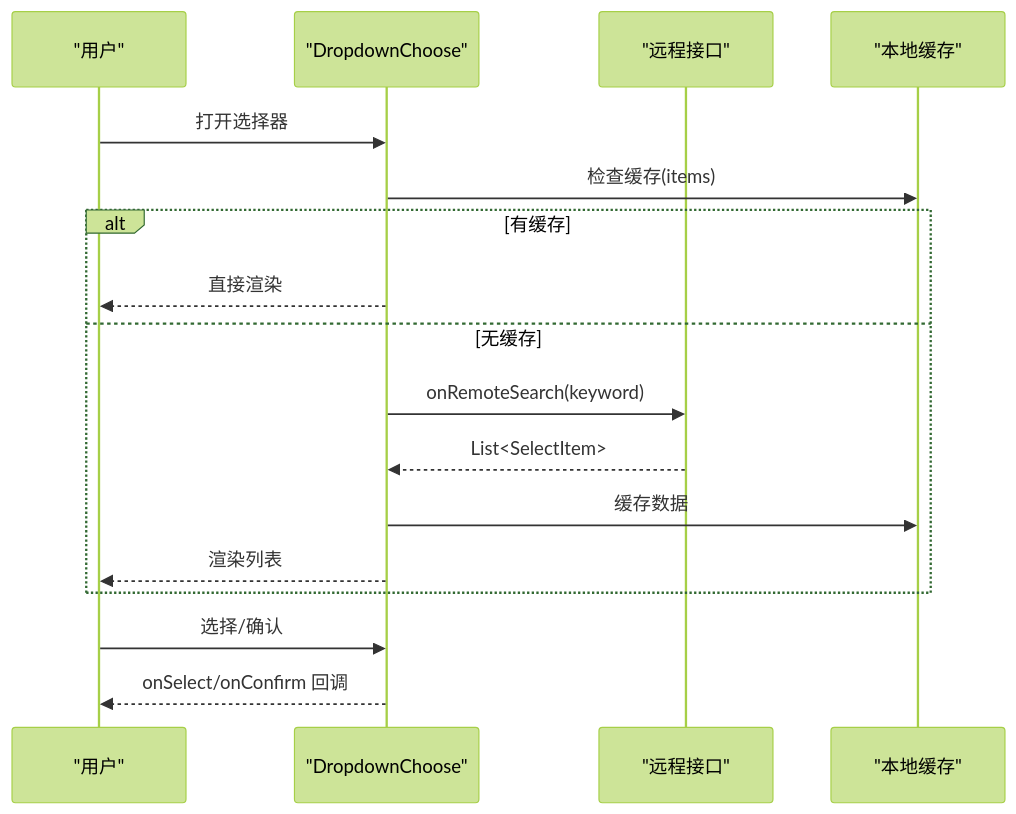
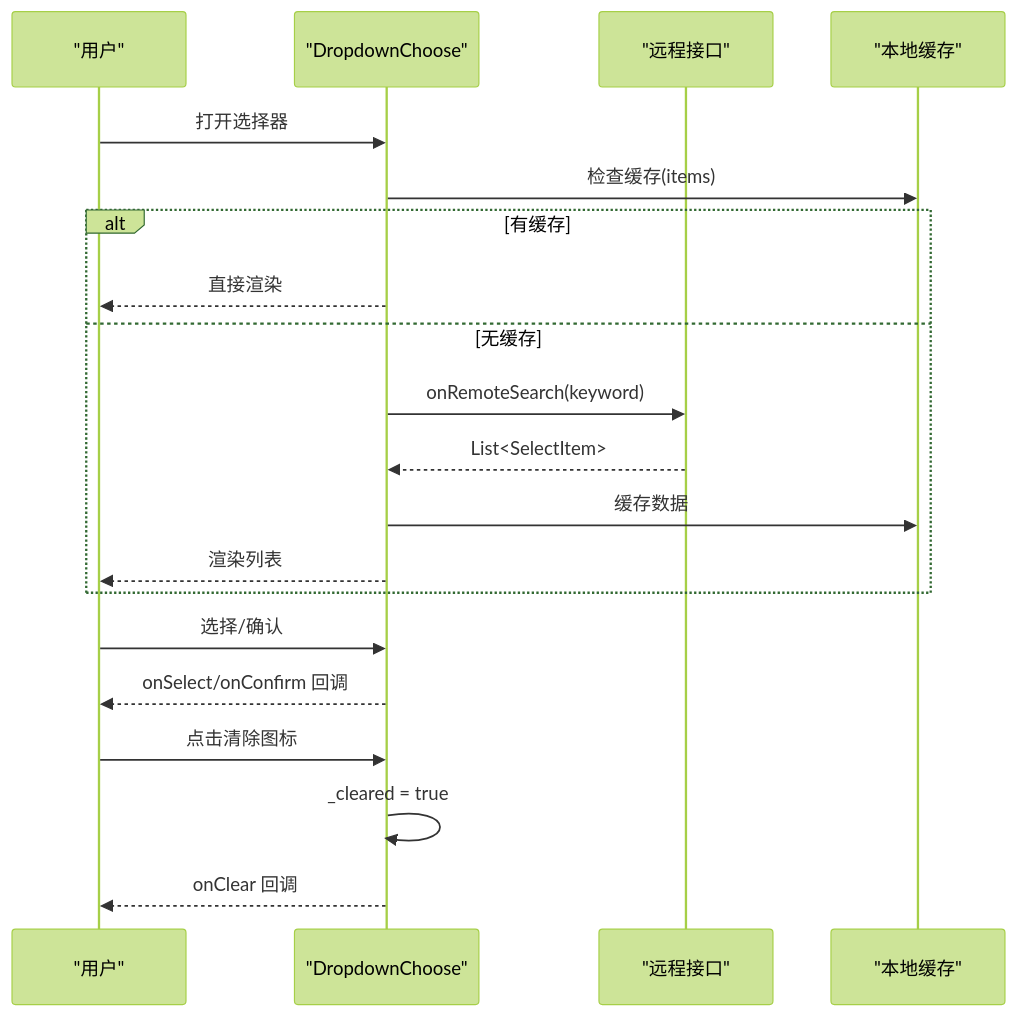
The sixth of 8 diagrams in .qoder/repowiki/zh/content/API 参考/高级组件 API/高级组件 API.md (yuzhido/lite-ui), drawn with Mermaid (forest theme) before and after one commit. The commit also changed other lines of this file and 37 other files, not shown here.

````diff
--- a/.qoder/repowiki/zh/content/API 参考/高级组件 API/高级组件 API.md
+++ b/.qoder/repowiki/zh/content/API 参考/高级组件 API/高级组件 API.md
@@ -204,19 +284,22 @@
 ```mermaid
 sequenceDiagram
 participant U as "用户"
 participant DC as "DropdownChoose"
 participant API as "远程接口"
 participant Cache as "本地缓存"
 U->>DC : 打开选择器
 DC->>Cache : 检查缓存(items)
 alt 有缓存
 DC-->>U : 直接渲染
 else 无缓存
 DC->>API : onRemoteSearch(keyword)
 API-->>DC : List<SelectItem>
 DC->>Cache : 缓存数据
 DC-->>U : 渲染列表
 end
 U->>DC : 选择/确认
 DC-->>U : onSelect/onConfirm 回调
+U->>DC : 点击清除图标
+DC->>DC : _cleared = true
+DC-->>U : onClear 回调
 ```
````
